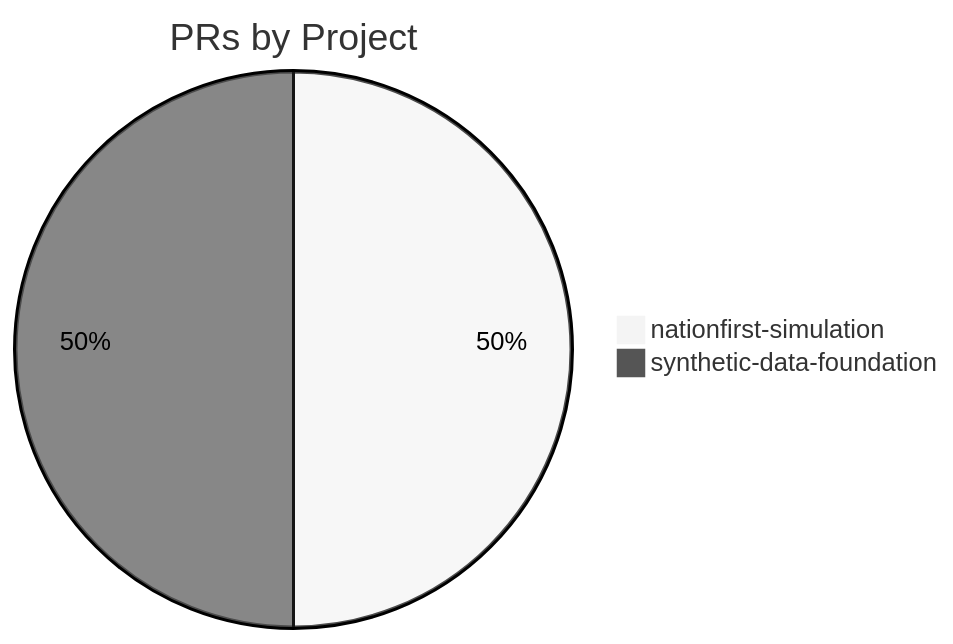
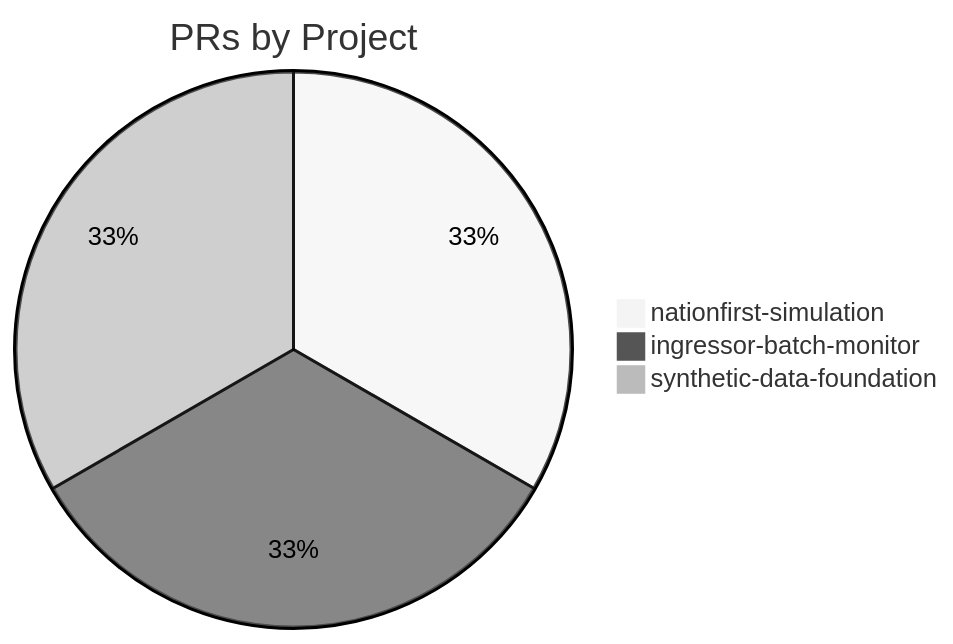
The first of 2 diagrams in docs/reports/report-2026-04-13-to-2026-04-20.md (nlscng/gh-work-reports), drawn with Mermaid (neutral theme) before and after one commit. The commit also changed other lines of this file and 1 other file, not shown here.

````diff
--- a/docs/reports/report-2026-04-13-to-2026-04-20.md
+++ b/docs/reports/report-2026-04-13-to-2026-04-20.md
@@ -28,5 +32,6 @@
 ```mermaid
 pie title PRs by Project
     "nationfirst-simulation" : 1
+    "ingressor-batch-monitor" : 1
     "synthetic-data-foundation" : 1
 ```
````
